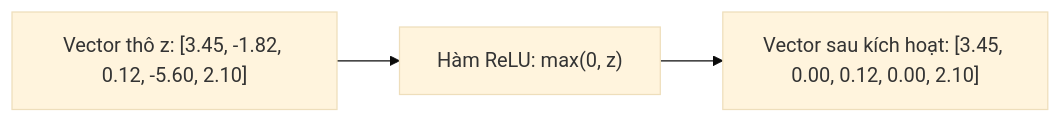
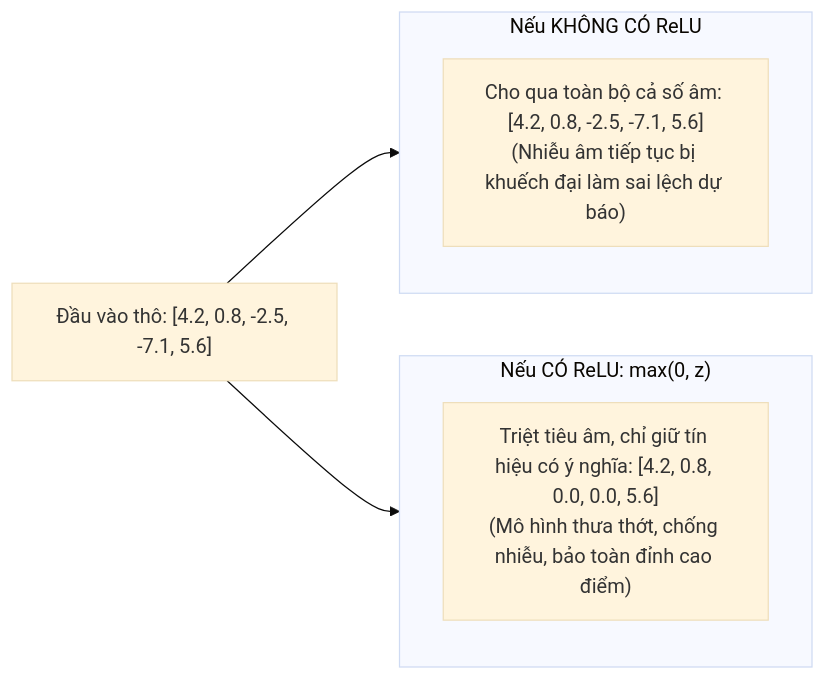
Before and after one commit to snowflake-vibing/Project-Experimental-TiDE: the third of 5 diagrams in doc/glossary/relu.md, drawn with Mermaid (base theme). The commit also changed other lines of this file, not shown here.

````diff
--- a/doc/glossary/relu.md
+++ b/doc/glossary/relu.md
@@ -72,8 +83,15 @@
 ```mermaid
 flowchart LR
-    Input["Vector thô z: [3.45, -1.82, 0.12, -5.60, 2.10]"]
-    ReLU_Op["Hàm ReLU: max(0, z)"]
-    Output["Vector sau kích hoạt: [3.45, 0.00, 0.12, 0.00, 2.10]"]
+    Tho["Đầu vào thô: [4.2, 0.8, -2.5, -7.1, 5.6]"]
+    
+    subgraph DuongKhongReLU ["Nếu KHÔNG CÓ ReLU"]
+        PassStraight["Cho qua toàn bộ cả số âm: [4.2, 0.8, -2.5, -7.1, 5.6]\n(Nhiễu âm tiếp tục bị khuếch đại làm sai lệch dự báo)"]
+    end
+    
+    subgraph DuongCoReLU ["Nếu CÓ ReLU: max(0, z)"]
+        CleanOutput["Triệt tiêu âm, chỉ giữ tín hiệu có ý nghĩa: [4.2, 0.8, 0.0, 0.0, 5.6]\n(Mô hình thưa thớt, chống nhiễu, bảo toàn đỉnh cao điểm)"]
+    end
 
-    Input --> ReLU_Op --> Output
+    Tho --> DuongKhongReLU
+    Tho --> DuongCoReLU
 ```
````
